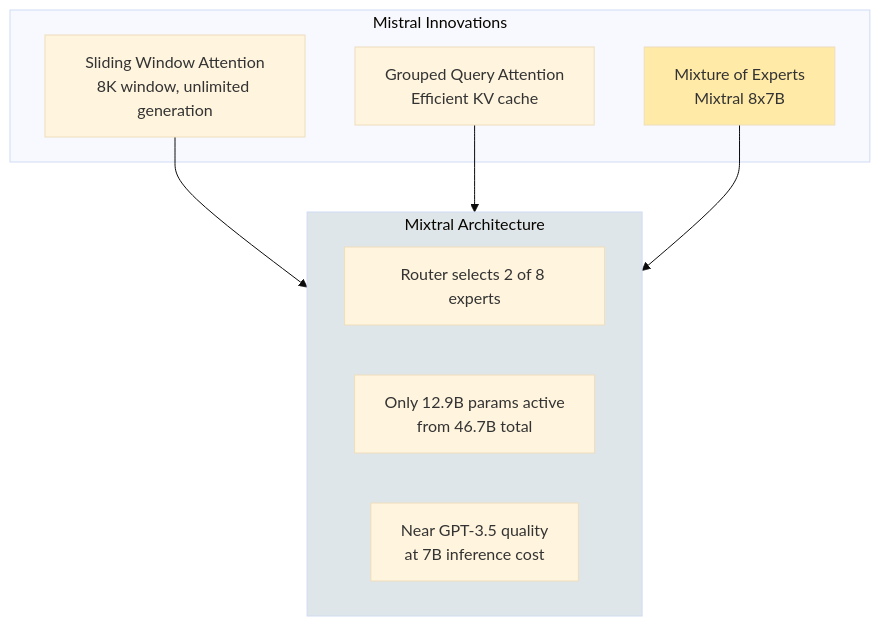
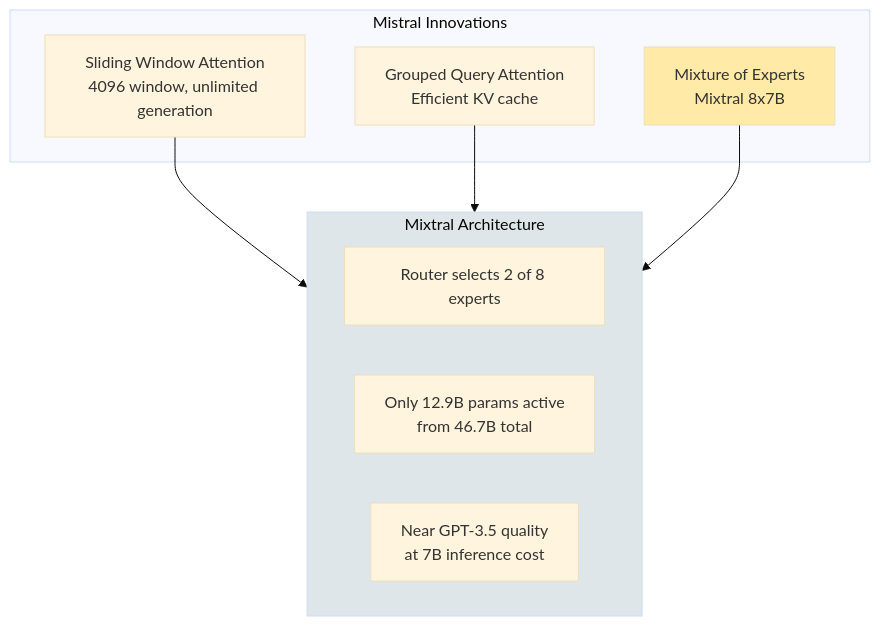
One commit to AbhinaavRamesh/handbook changed the fourth of 4 diagrams in docs/genai/llm-foundations/model-families.md. Above: the diagram before and after it, drawn with Mermaid (base theme). The commit also changed 25 other files, not shown here.

````diff
--- a/docs/genai/llm-foundations/model-families.md
+++ b/docs/genai/llm-foundations/model-families.md
@@ -393,21 +393,21 @@
 ```mermaid
 flowchart TB
     subgraph Mistral["Mistral Innovations"]
-        A[Sliding Window Attention<br/>8K window, unlimited generation]
+        A[Sliding Window Attention<br/>4096 window, unlimited generation]
         B[Grouped Query Attention<br/>Efficient KV cache]
         C[Mixture of Experts<br/>Mixtral 8x7B]
     end
 
     subgraph MoE["Mixtral Architecture"]
         D[Router selects 2 of 8 experts]
         E[Only 12.9B params active<br/>from 46.7B total]
         F[Near GPT-3.5 quality<br/>at 7B inference cost]
     end
 
     A --> MoE
     B --> MoE
     C --> MoE
 
     style C fill:#ffeaa7
     style MoE fill:#dfe6e9
 ```
````
